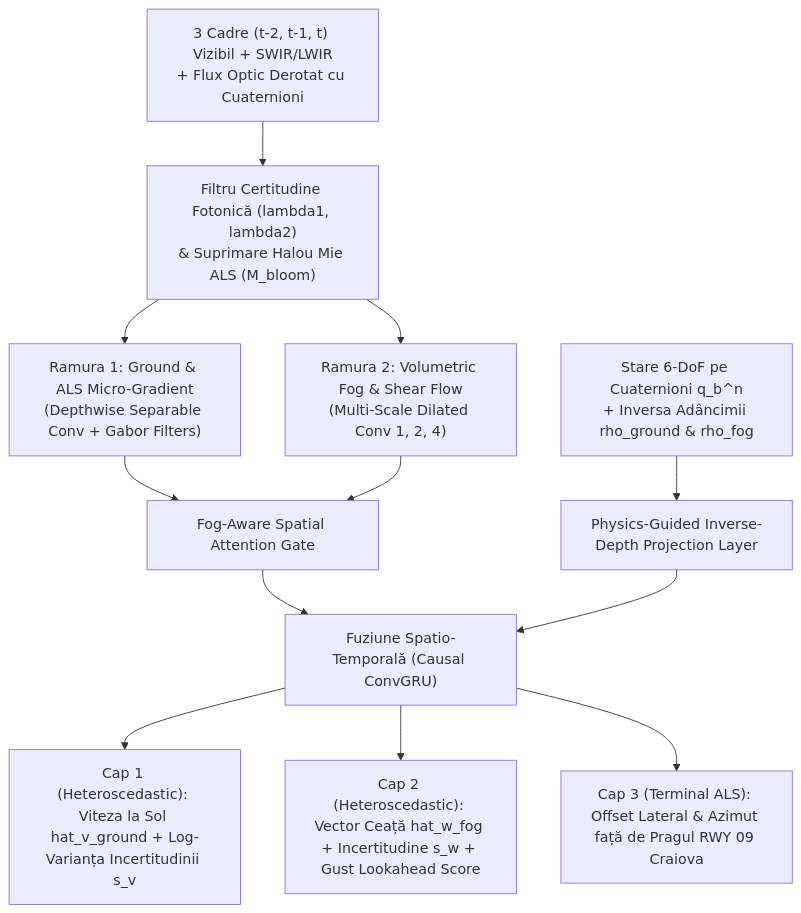
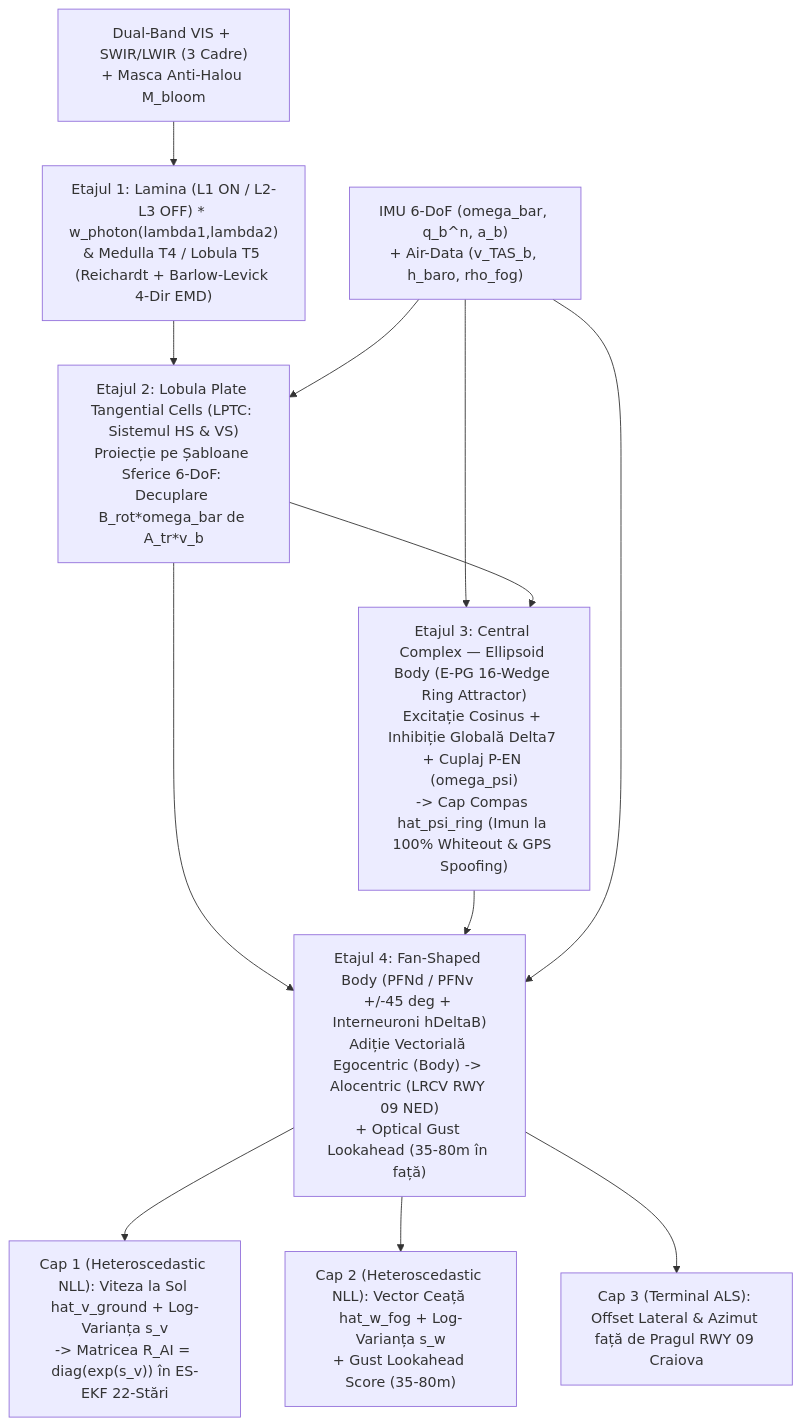
Before and after one commit to petreleon/Craiova-Hackathon-2026: the diagram in planificare/arhitectura_ai_gpu_si_date_meteo.md, drawn with Mermaid. The commit also changed other lines of this file and 8 other files, not shown here.

````diff
--- a/planificare/arhitectura_ai_gpu_si_date_meteo.md
+++ b/planificare/arhitectura_ai_gpu_si_date_meteo.md
@@ -24,14 +72,14 @@
 ```mermaid
 flowchart TD
-    A["3 Cadre (t-2, t-1, t) Vizibil + SWIR/LWIR\n+ Flux Optic Derotat cu Cuaternioni"] --> B["Filtru Certitudine Fotonică (lambda1, lambda2)\n& Suprimare Halou Mie ALS (M_bloom)"]
-    B --> C1["Ramura 1: Ground & ALS Micro-Gradient\n(Depthwise Separable Conv + Gabor Filters)"]
-    B --> C2["Ramura 2: Volumetric Fog & Shear Flow\n(Multi-Scale Dilated Conv 1, 2, 4)"]
-    D["Stare 6-DoF pe Cuaternioni q_b^n\n+ Inversa Adâncimii rho_ground & rho_fog"] --> E["Physics-Guided Inverse-Depth Projection Layer"]
-    C1 --> F["Fog-Aware Spatial Attention Gate"]
-    C2 --> F
-    F --> G["Fuziune Spatio-Temporală (Causal ConvGRU)"]
-    E --> G
-    G --> H1["Cap 1 (Heteroscedastic): Viteza la Sol hat_v_ground + Log-Varianța Incertitudinii s_v"]
-    G --> H2["Cap 2 (Heteroscedastic): Vector Ceață hat_w_fog + Incertitudine s_w + Gust Lookahead Score"]
-    G --> H3["Cap 3 (Terminal ALS): Offset Lateral & Azimut față de Pragul RWY 09 Craiova"]
+    A["Dual-Band VIS + SWIR/LWIR (3 Cadre)\n+ Masca Anti-Halou M_bloom"] --> B["Etajul 1: Lamina (L1 ON / L2-L3 OFF) * w_photon(lambda1,lambda2)\n& Medulla T4 / Lobula T5 (Reichardt + Barlow-Levick 4-Dir EMD)"]
+    B --> C["Etajul 2: Lobula Plate Tangential Cells (LPTC: Sistemul HS & VS)\nProiecție pe Șabloane Sferice 6-DoF: Decuplare B_rot*omega_bar de A_tr*v_b"]
+    D["IMU 6-DoF (omega_bar, q_b^n, a_b)\n+ Air-Data (v_TAS_b, h_baro, rho_fog)"] --> C
+    D --> E["Etajul 3: Central Complex — Ellipsoid Body (E-PG 16-Wedge Ring Attractor)\nExcitație Cosinus + Inhibiție Globală Delta7 + Cuplaj P-EN (omega_psi)\n-> Cap Compas hat_psi_ring (Imun la 100% Whiteout & GPS Spoofing)"]
+    C --> E
+    C --> F["Etajul 4: Fan-Shaped Body (PFNd / PFNv +/-45 deg + Interneuroni hDeltaB)\nAdiție Vectorială Egocentric (Body) -> Alocentric (LRCV RWY 09 NED)\n+ Optical Gust Lookahead (35-80m în față)"]
+    E --> F
+    D --> F
+    F --> H1["Cap 1 (Heteroscedastic NLL): Viteza la Sol hat_v_ground + Log-Varianța s_v\n-> Matricea R_AI = diag(exp(s_v)) în ES-EKF 22-Stări"]
+    F --> H2["Cap 2 (Heteroscedastic NLL): Vector Ceață hat_w_fog + Log-Varianța s_w\n+ Gust Lookahead Score (35-80m)"]
+    F --> H3["Cap 3 (Terminal ALS): Offset Lateral & Azimut față de Pragul RWY 09 Craiova"]
 ```
````
